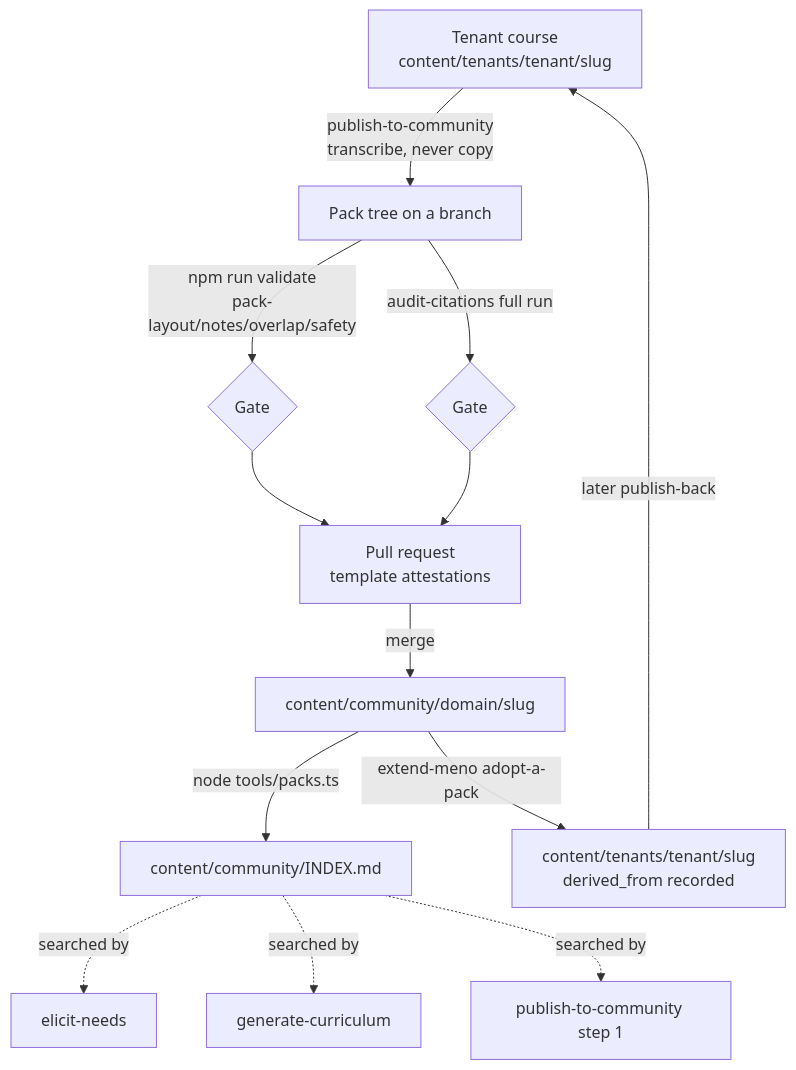
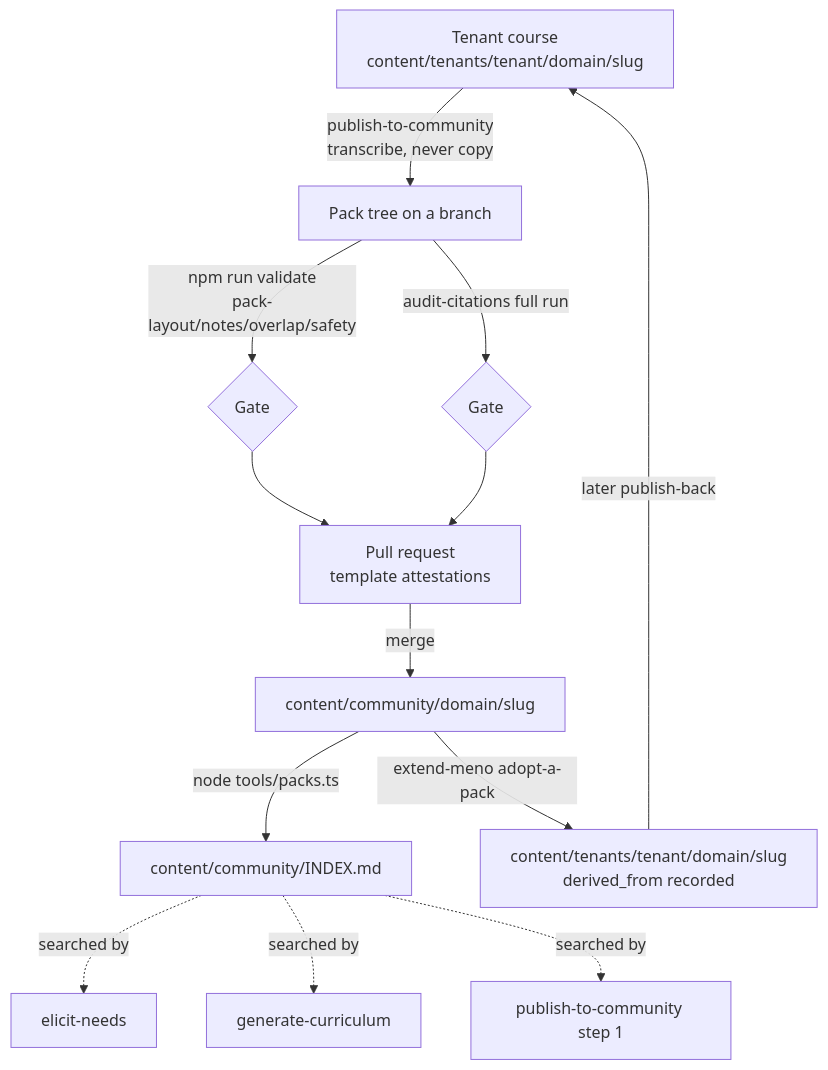
The diagram in docs/specs/community.md (avishek2002/meno), drawn with Mermaid before and after one commit. The commit also changed other lines of this file and 51 other files, not shown here.

First line of the commit message:
Group tenant courses by domain, matching the community tier (#24)

````diff
--- a/docs/specs/community.md
+++ b/docs/specs/community.md
@@ -72,15 +74,15 @@
 ```mermaid
 graph TD
-    T[Tenant course<br/>content/tenants/tenant/slug] -->|publish-to-community<br/>transcribe, never copy| PT[Pack tree on a branch]
+    T[Tenant course<br/>content/tenants/tenant/domain/slug] -->|publish-to-community<br/>transcribe, never copy| PT[Pack tree on a branch]
     PT -->|npm run validate<br/>pack-layout/notes/overlap/safety| G1{Gate}
     PT -->|audit-citations full run| G2{Gate}
     G1 --> PR[Pull request<br/>template attestations]
     G2 --> PR
     PR -->|merge| P[content/community/domain/slug]
     P -->|node tools/packs.ts| IDX[content/community/INDEX.md]
     IDX -.searched by.-> EN[elicit-needs]
     IDX -.searched by.-> GC[generate-curriculum]
     IDX -.searched by.-> PB[publish-to-community step 1]
-    P -->|extend-meno adopt-a-pack| C[content/tenants/tenant/slug<br/>derived_from recorded]
+    P -->|extend-meno adopt-a-pack| C[content/tenants/tenant/domain/slug<br/>derived_from recorded]
     C -->|later publish-back| T
 ```
````
